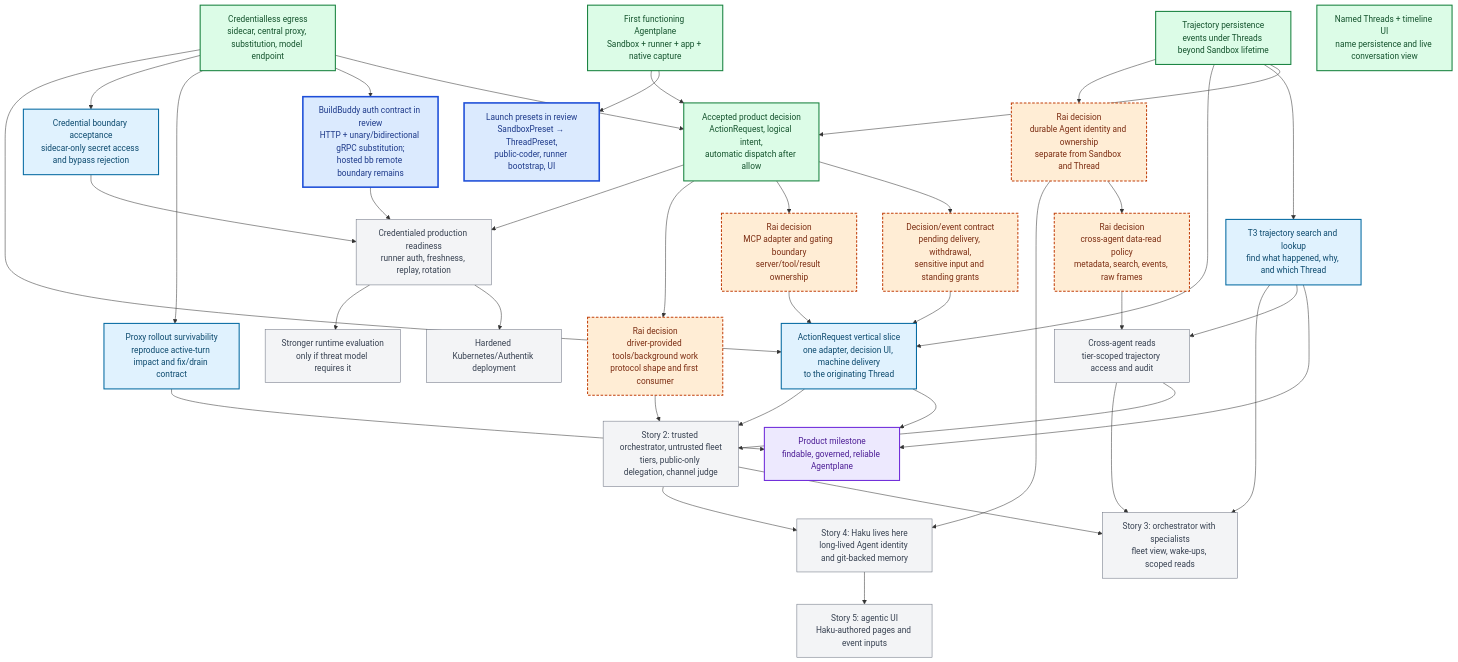
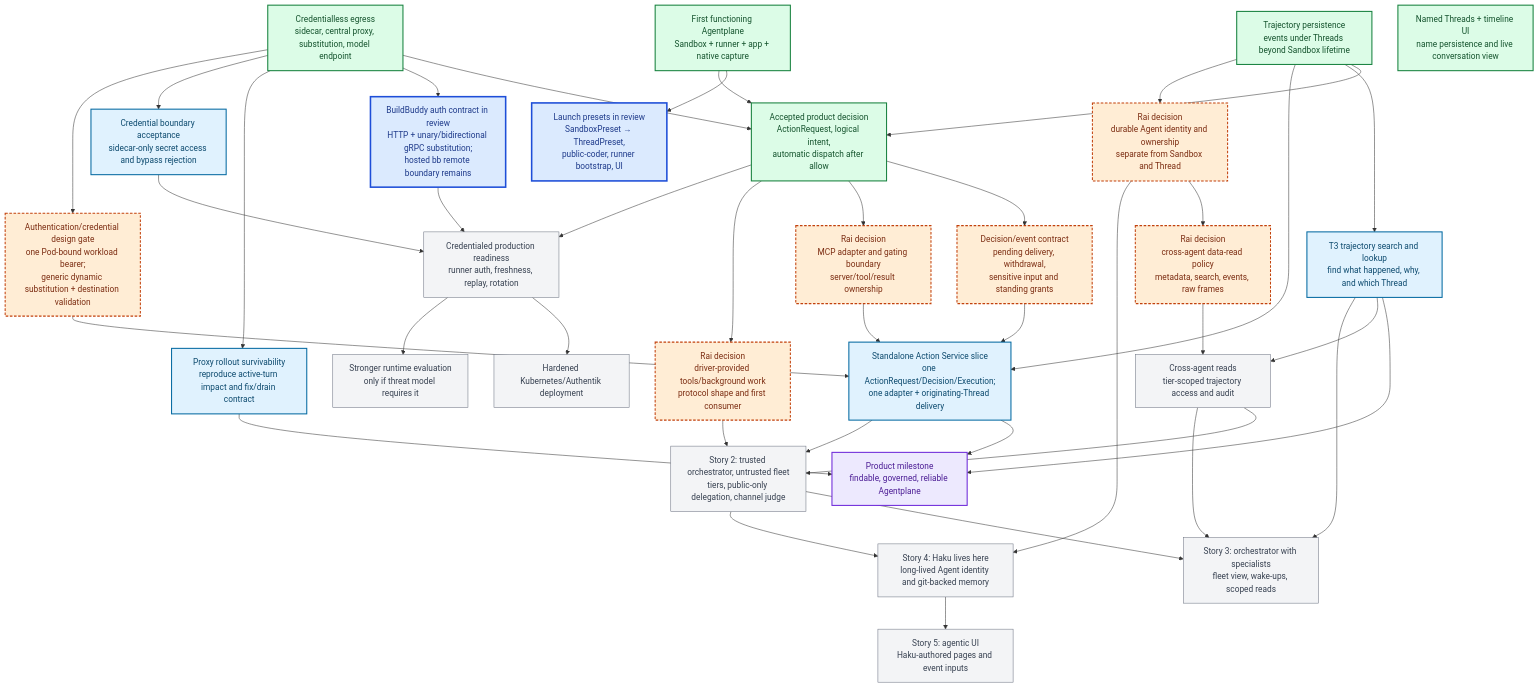
One commit to agentydragon/ducktape changed the diagram in x/agentplane/plans/task_dag.md. Above: the diagram before and after it, drawn with Mermaid. The commit also changed other lines of this file and 2 other files, not shown here.

Commit message:
docs(agentplane): converge authentication and credential propagation (#5671)

````diff
--- a/x/agentplane/plans/task_dag.md
+++ b/x/agentplane/plans/task_dag.md
@@ -51,77 +62,79 @@
 ```mermaid
 flowchart TB
     classDef completed fill:#dcfce7,stroke:#15803d,color:#14532d,stroke-width:2px
     classDef active fill:#dbeafe,stroke:#1d4ed8,color:#1e3a8a,stroke-width:3px
     classDef ready fill:#e0f2fe,stroke:#0369a1,color:#0c4a6e,stroke-width:2px
     classDef milestone fill:#ede9fe,stroke:#6d28d9,color:#4c1d95,stroke-width:2px
     classDef decision fill:#ffedd5,stroke:#c2410c,color:#7c2d12,stroke-width:2px,stroke-dasharray:5 3
     classDef future fill:#f3f4f6,stroke:#6b7280,color:#374151
 
     F0["First functioning Agentplane<br/>Sandbox + runner + app + native capture"]:::completed
     J["Credentialless egress<br/>sidecar, central proxy, substitution, model endpoint"]:::completed
     T1["Trajectory persistence<br/>events under Threads beyond Sandbox lifetime"]:::completed
     T2["Named Threads + timeline UI<br/>name persistence and live conversation view"]:::completed
 
     LP["Launch presets in review<br/>SandboxPreset → ThreadPreset,<br/>public-coder, runner bootstrap, UI"]:::active
     BB["BuildBuddy auth contract in review<br/>HTTP + unary/bidirectional gRPC substitution;<br/>hosted bb remote boundary remains"]:::active
 
     OPD["Accepted product decision<br/>ActionRequest, logical intent,<br/>automatic dispatch after allow"]:::completed
     OPS["Decision/event contract<br/>pending delivery, withdrawal,<br/>sensitive input and standing grants"]:::decision
     MCPD["Rai decision<br/>MCP adapter and gating boundary<br/>server/tool/result ownership"]:::decision
-    OPI["ActionRequest vertical slice<br/>one adapter, decision UI, machine delivery<br/>to the originating Thread"]:::ready
+    AUTH["Authentication/credential design gate<br/>one Pod-bound workload bearer;<br/>generic dynamic substitution + destination validation"]:::decision
+    OPI["Standalone Action Service slice<br/>one ActionRequest/Decision/Execution;<br/>one adapter + originating-Thread delivery"]:::ready
 
     T3["T3 trajectory search and lookup<br/>find what happened, why, and which Thread"]:::ready
     PR["Proxy rollout survivability<br/>reproduce active-turn impact and fix/drain contract"]:::ready
     SEC["Credential boundary acceptance<br/>sidecar-only secret access and bypass rejection"]:::ready
 
     AGD["Rai decision<br/>durable Agent identity and ownership<br/>separate from Sandbox and Thread"]:::decision
     DATAD["Rai decision<br/>cross-agent data-read policy<br/>metadata, search, events, raw frames"]:::decision
     XREAD["Cross-agent reads<br/>tier-scoped trajectory access and audit"]:::future
 
     DT["Rai decision<br/>driver-provided tools/background work<br/>protocol shape and first consumer"]:::decision
     N["Story 2: trusted orchestrator, untrusted fleet<br/>tiers, public-only delegation, channel judge"]:::future
     O["Story 3: orchestrator with specialists<br/>fleet view, wake-ups, scoped reads"]:::future
     HK["Story 4: Haku lives here<br/>long-lived Agent identity and git-backed memory"]:::future
     UI["Story 5: agentic UI<br/>Haku-authored pages and event inputs"]:::future
     L["Credentialed production readiness<br/>runner auth, freshness, replay, rotation"]:::future
     V["Stronger runtime evaluation<br/>only if threat model requires it"]:::future
     W["Hardened Kubernetes/Authentik deployment"]:::future
     F["Product milestone<br/>findable, governed, reliable Agentplane"]:::milestone
 
     F0 --> LP
     F0 --> OPD
     J --> OPD
     J --> BB
     T1 --> OPD
     T1 --> T3
     J --> PR
     J --> SEC
     OPD --> OPS
     OPD --> MCPD
     OPS --> OPI
     MCPD --> OPI
-    J --> OPI
+    J --> AUTH
+    AUTH --> OPI
     T1 --> OPI
     T3 --> F
     OPI --> F
     PR --> F
     SEC --> L
     BB --> L
     OPD --> DT
     T1 --> AGD
     AGD --> DATAD
     T3 --> XREAD
     DATAD --> XREAD
     OPI --> N
     XREAD --> N
     DT --> N
     N --> O
     XREAD --> O
     T3 --> O
     N --> HK
     AGD --> HK
     HK --> UI
     L --> W
     OPD --> L
     L --> V
 ```
````
